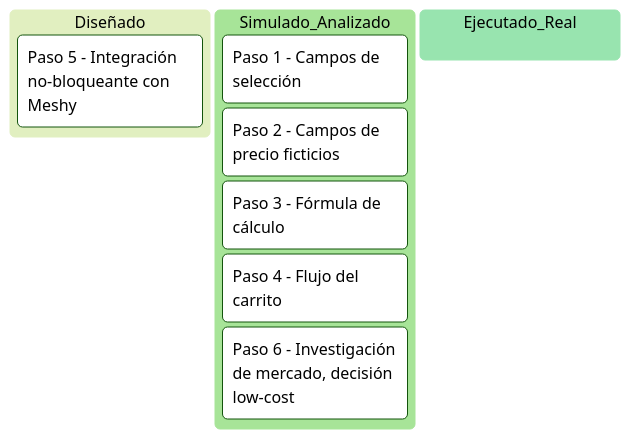
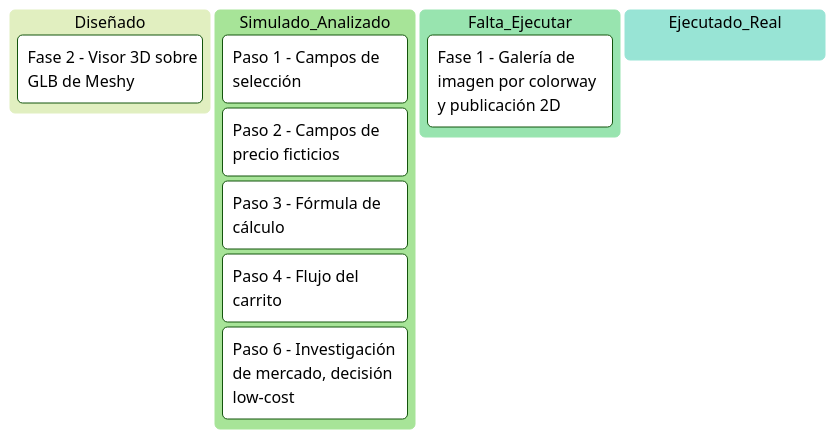
One commit to juandroeleven-jpg/SAAAS-Marketing changed the fourth of 4 diagrams in proyectos/edge-cascos/documentos/simulaciones-cc/simulacion-5-cotizador.md. Above: the diagram before and after it, drawn with Mermaid (forest theme). The commit also changed other lines of this file, not shown here.

First line of the commit message:
Reorganizar cotizador como roadmap por fases (2D antes de 3D)

````diff
--- a/proyectos/edge-cascos/documentos/simulaciones-cc/simulacion-5-cotizador.md
+++ b/proyectos/edge-cascos/documentos/simulaciones-cc/simulacion-5-cotizador.md
@@ -76,12 +107,14 @@
 ```mermaid
 kanban
   Diseñado
-    Paso5[Paso 5 - Integración no-bloqueante con Meshy]
+    Paso5b[Fase 2 - Visor 3D sobre GLB de Meshy]
   Simulado_Analizado
     Paso1[Paso 1 - Campos de selección]
     Paso2[Paso 2 - Campos de precio ficticios]
     Paso3[Paso 3 - Fórmula de cálculo]
     Paso4[Paso 4 - Flujo del carrito]
     Paso6[Paso 6 - Investigación de mercado, decisión low-cost]
+  Falta_Ejecutar
+    Paso5a[Fase 1 - Galería de imagen por colorway y publicación 2D]
   Ejecutado_Real
 ```
````
